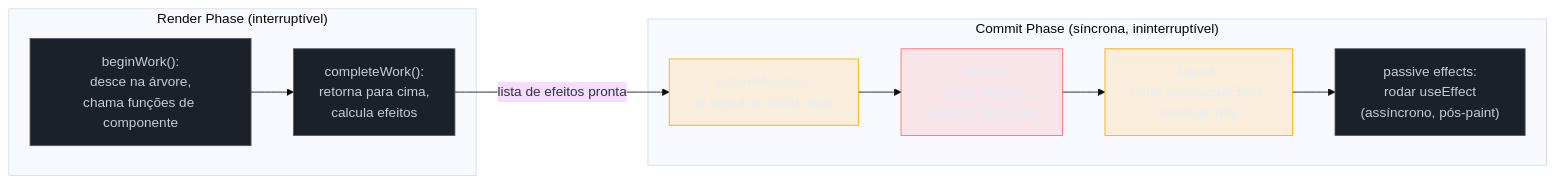
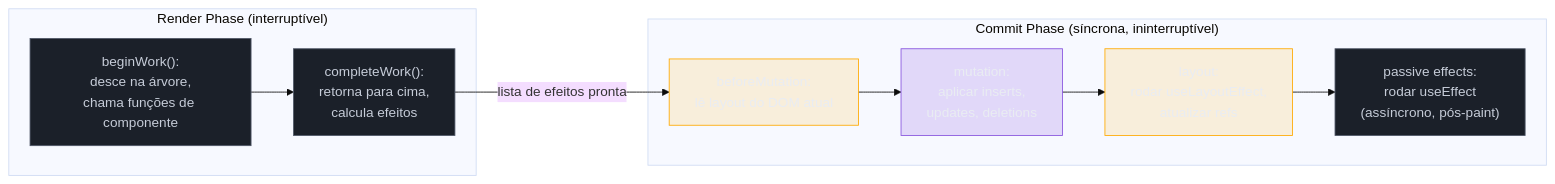
Before and after one commit to josenaldo/codex-technomanticus: the second of 3 diagrams in 03-Dominios/Tecnologia/React/React core/16 - Reconciliation e diffing a fundo.md, drawn with Mermaid (base theme). The commit also changed other lines of this file and 601 other files, not shown here.

````diff
--- a/03-Dominios/Tecnologia/React/React core/16 - Reconciliation e diffing a fundo.md
+++ b/03-Dominios/Tecnologia/React/React core/16 - Reconciliation e diffing a fundo.md
@@ -271,24 +271,24 @@
 ```mermaid
 graph LR
+    classDef marca fill:#8855DF33,stroke:#8855DF,color:#E9ECF2
     classDef neutro fill:#1B2029,stroke:#4E5666,color:#C6CCD8
     classDef destaque fill:#FFAA0024,stroke:#FFAA00,color:#E9ECF2
-    classDef falha fill:#FF6B6B24,stroke:#FF6B6B,color:#E9ECF2
     subgraph "Render Phase (interruptível)"
         R1["beginWork():\ndesce na árvore,\nchama funções de componente"] --> R2["completeWork():\nretorna para cima,\ncalcula efeitos"]
     end
 
     subgraph "Commit Phase (síncrona, ininterruptível)"
         C1["beforeMutation:\nlê layout do DOM atual"] --> C2["mutation:\naplicar inserts,\nupdates, deletions"]
         C2 --> C3["layout:\nrodar useLayoutEffect,\natualizar refs"]
         C3 --> C4["passive effects:\nrodar useEffect\n(assíncrono, pós-paint)"]
     end
 
     R2 -->|"lista de efeitos pronta"| C1
 
     class R1 neutro
     class R2 neutro
     class C1 destaque
-    class C2 falha
+    class C2 marca
     class C3 destaque
     class C4 neutro
 ```
````
